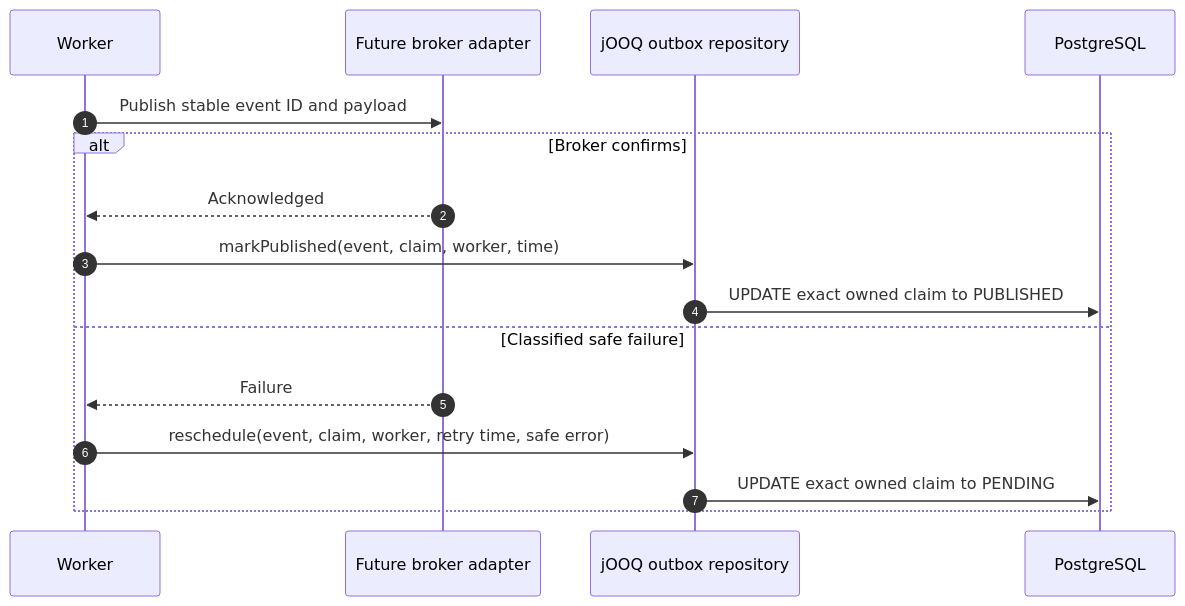
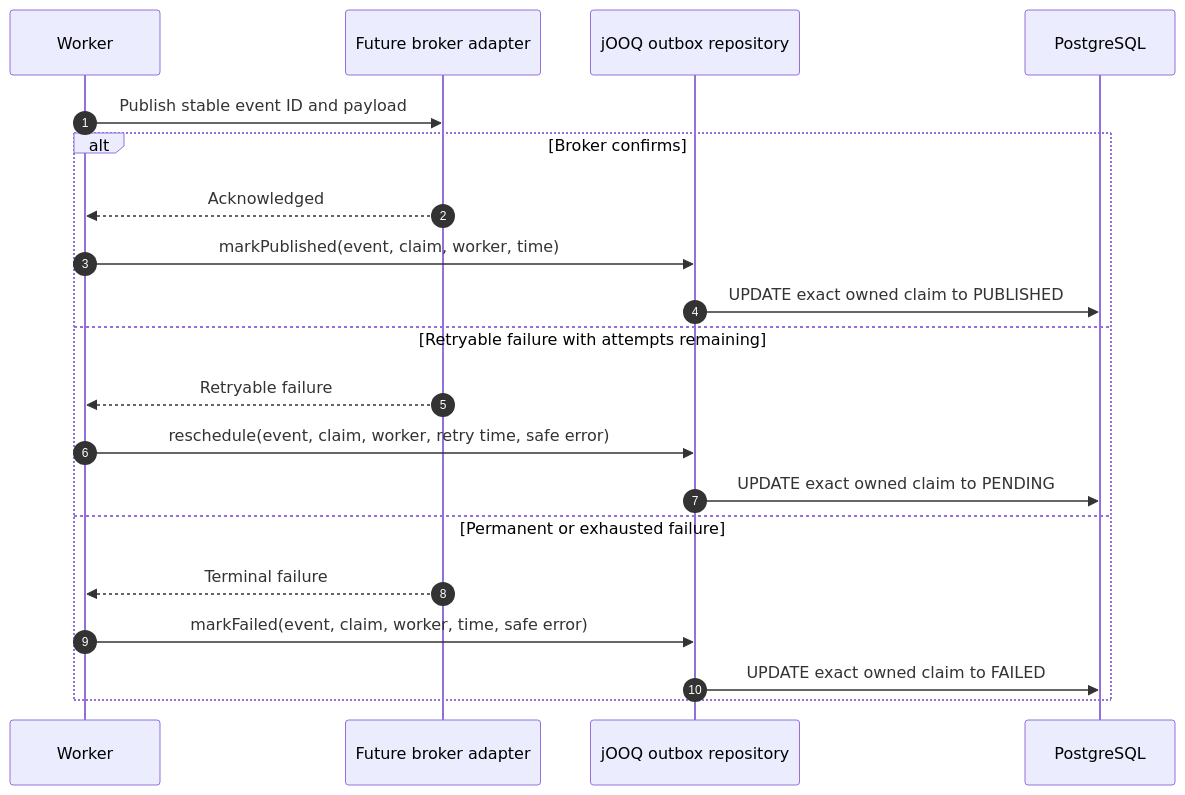
Before and after one commit to PietroRussoD/commerce-integration-hub: the third of 4 diagrams in docs/outbox-lifecycle.md, drawn with Mermaid. The commit also changed other lines of this file and 9 other files, not shown here.

Commit message:
✨ Add terminal outbox failure handling

````diff
--- a/docs/outbox-lifecycle.md
+++ b/docs/outbox-lifecycle.md
@@ -51,19 +53,23 @@
 ```mermaid
 sequenceDiagram
     autonumber
     participant Worker
     participant Broker as Future broker adapter
     participant Repository as jOOQ outbox repository
     participant Database as PostgreSQL
 
     Worker->>Broker: Publish stable event ID and payload
     alt Broker confirms
         Broker-->>Worker: Acknowledged
         Worker->>Repository: markPublished(event, claim, worker, time)
         Repository->>Database: UPDATE exact owned claim to PUBLISHED
-    else Classified safe failure
-        Broker-->>Worker: Failure
+    else Retryable failure with attempts remaining
+        Broker-->>Worker: Retryable failure
         Worker->>Repository: reschedule(event, claim, worker, retry time, safe error)
         Repository->>Database: UPDATE exact owned claim to PENDING
+    else Permanent or exhausted failure
+        Broker-->>Worker: Terminal failure
+        Worker->>Repository: markFailed(event, claim, worker, time, safe error)
+        Repository->>Database: UPDATE exact owned claim to FAILED
     end
 ```
````
